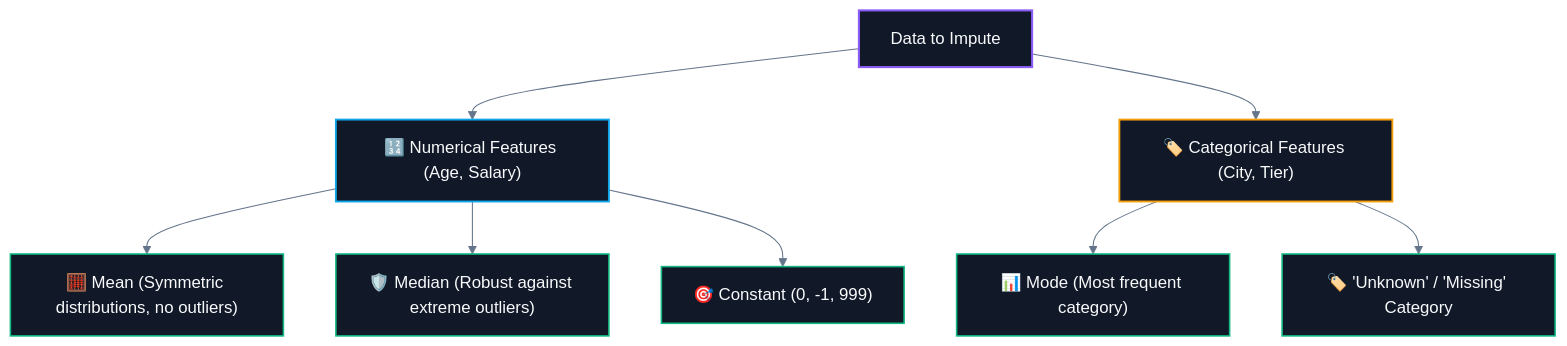
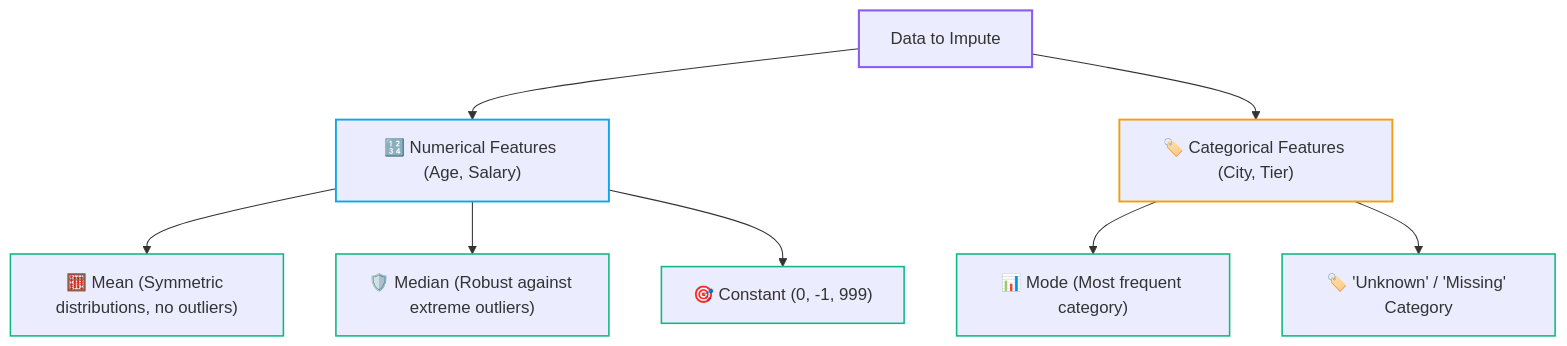
Before and after one commit to abhinavbharti2345/CS_Notes: the second of 4 diagrams in CS/AI & ML/02. Data Preprocessing/03. Missing Value Imputation.md, drawn with Mermaid. The commit also changed other lines of this file and 91 other files, not shown here.

````diff
--- a/CS/AI & ML/02. Data Preprocessing/03. Missing Value Imputation.md
+++ b/CS/AI & ML/02. Data Preprocessing/03. Missing Value Imputation.md
@@ -104,25 +103,24 @@
 ```mermaid
-%%{init: {'theme': 'base', 'themeVariables': { 'darkMode': true, 'background': '#0B0F14', 'mainBkg': '#111827', 'primaryColor': '#111827', 'primaryTextColor': '#F8FAFC', 'primaryBorderColor': '#38BDF8', 'lineColor': '#64748B', 'secondaryColor': '#0B0F14', 'tertiaryColor': '#0B0F14', 'clusterBkg': '#0B0F14', 'clusterBorder': '#38BDF8' }}}%%
 flowchart TD
     Data["Data to Impute"]
     
     Data --> Num["🔢 Numerical Features (Age, Salary)"]
     Data --> Cat["🏷️ Categorical Features (City, Tier)"]
     
     Num --> Mean["🧮 Mean (Symmetric distributions, no outliers)"]
     Num --> Median["🛡️ Median (Robust against extreme outliers)"]
     Num --> NumConst["🎯 Constant (0, -1, 999)"]
     
     Cat --> Mode["📊 Mode (Most frequent category)"]
     Cat --> CatConst["🏷️ 'Unknown' / 'Missing' Category"]
 
-    classDef root fill:#111827,stroke:#8b5cf6,stroke-width:2px,color:#F8FAFC;
-    classDef num fill:#111827,stroke:#0ea5e9,stroke-width:1.8px,color:#F8FAFC;
-    classDef cat fill:#111827,stroke:#f59e0b,stroke-width:1.8px,color:#F8FAFC;
-    classDef leaf fill:#111827,stroke:#10b981,stroke-width:1.5px,color:#F8FAFC;
+    classDef root stroke:#8b5cf6,stroke-width:2px;
+    classDef num stroke:#0ea5e9,stroke-width:1.8px;
+    classDef cat stroke:#f59e0b,stroke-width:1.8px;
+    classDef leaf stroke:#10b981,stroke-width:1.5px;
 
     class Data root;
     class Num num;
     class Cat cat;
     class Mean,Median,NumConst,Mode,CatConst leaf;
 ```
````
